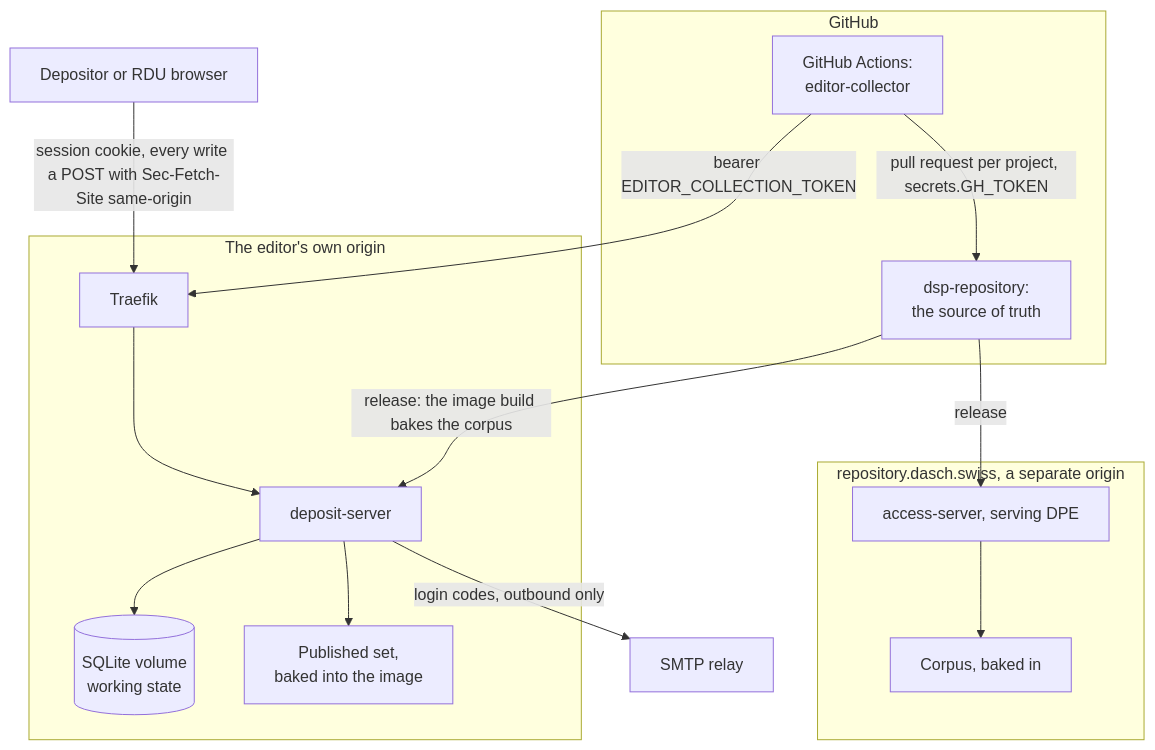
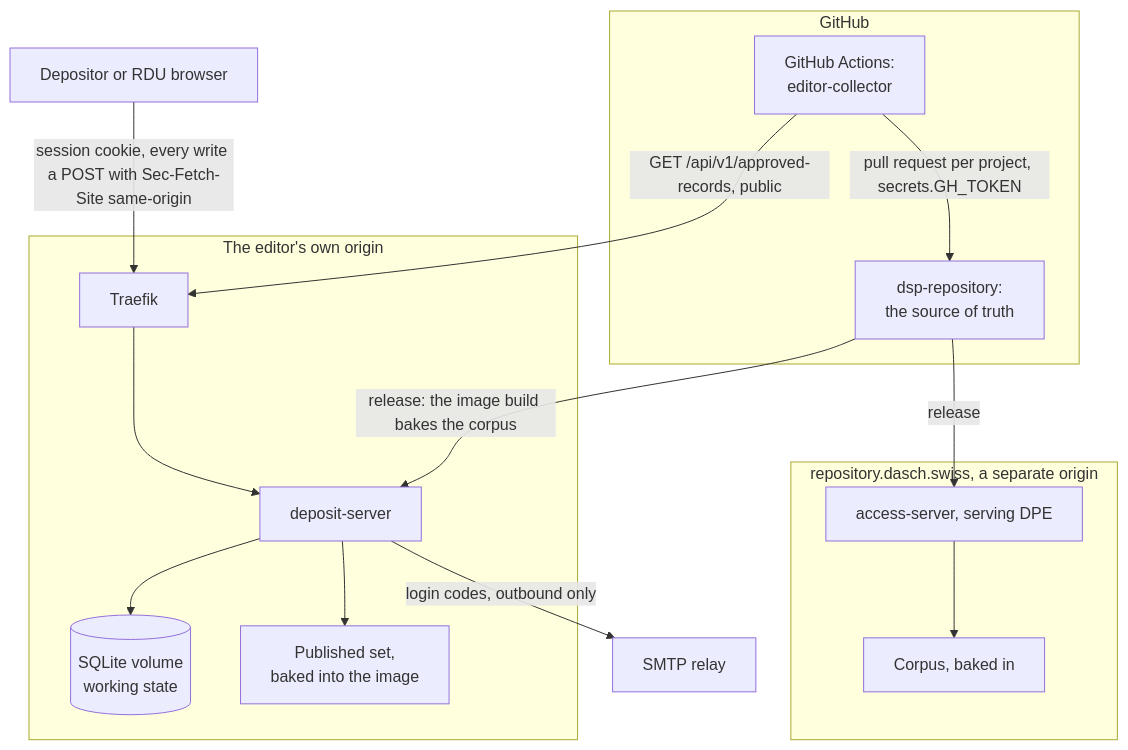
Before and after one commit to dasch-swiss/dsp-repository: the second of 2 diagrams in docs/src/editor/architecture.md, drawn with Mermaid. The commit also changed other lines of this file and 38 other files, not shown here.

First line of the commit message:
feat(editor-web,editor-store,deposit-server): drop the collection report and its token

````diff
--- a/docs/src/editor/architecture.md
+++ b/docs/src/editor/architecture.md
@@ -56,23 +55,23 @@
 ```mermaid
 flowchart TB
   B[Depositor or RDU browser]
   subgraph EO[The editor's own origin]
     T[Traefik] --> S[deposit-server]
     S --> DB[(SQLite volume<br/>working state)]
     S --> PS[Published set,<br/>baked into the image]
   end
   subgraph DO[repository.dasch.swiss, a separate origin]
     DPE[access-server, serving DPE] --> Corpus[Corpus, baked in]
   end
   subgraph GH[GitHub]
     Repo[dsp-repository:<br/>the source of truth]
     Act[GitHub Actions:<br/>editor-collector]
   end
   SMTP[SMTP relay]
   B -->|session cookie, every write a POST with Sec-Fetch-Site same-origin| T
   S -->|login codes, outbound only| SMTP
-  Act -->|bearer EDITOR_COLLECTION_TOKEN| T
+  Act -->|GET /api/v1/approved-records, public| T
   Act -->|pull request per project, secrets.GH_TOKEN| Repo
   Repo -->|release: the image build bakes the corpus| S
   Repo -->|release| DPE
 ```
````
